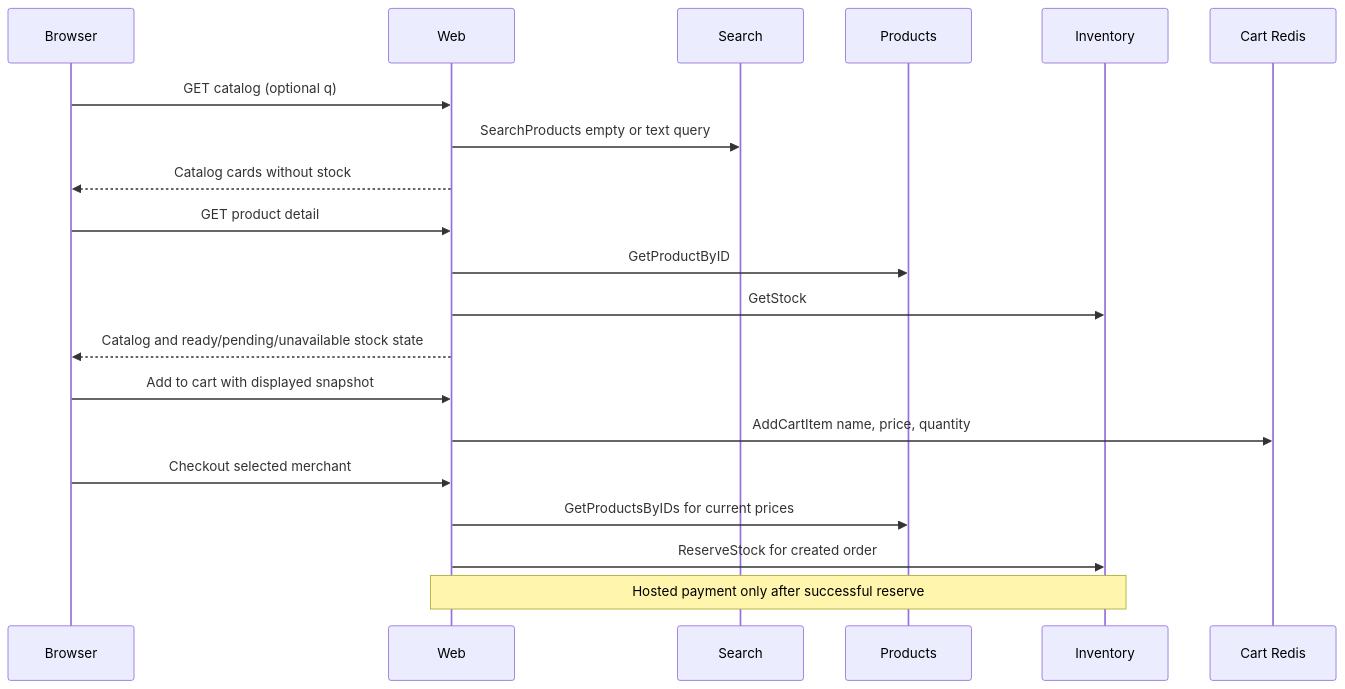
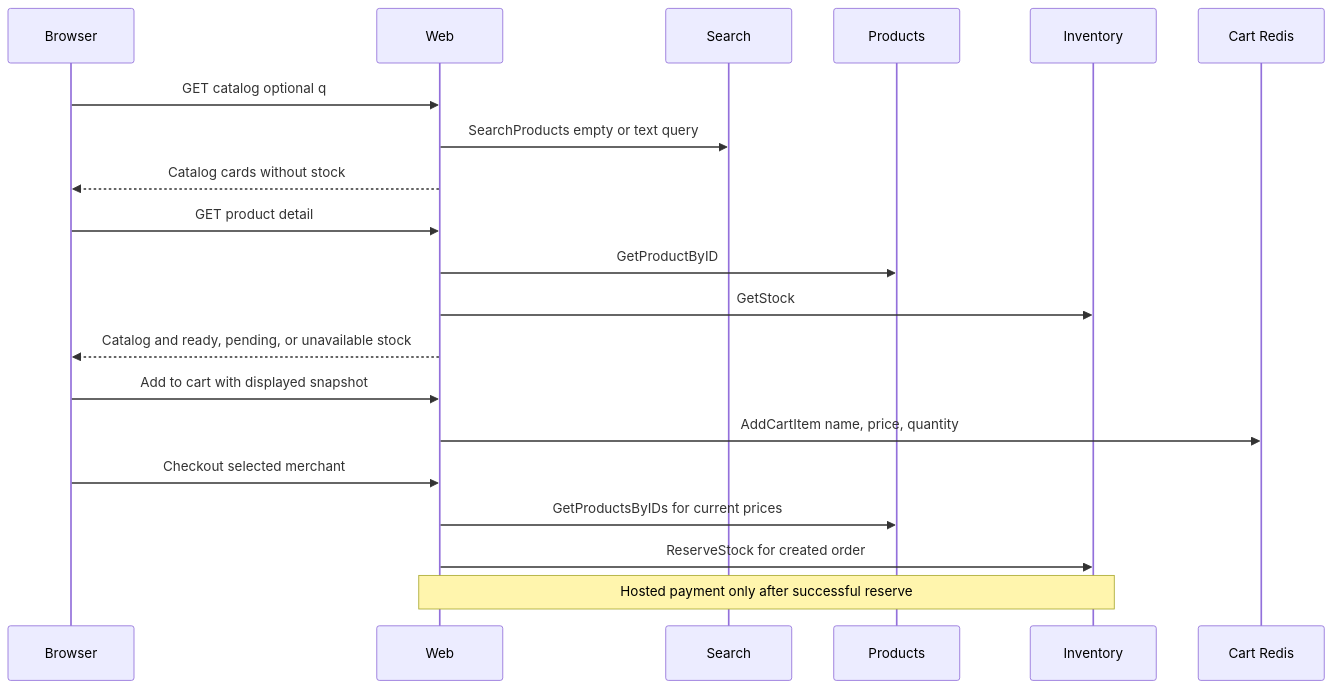
The third of 3 diagrams in docs/catalog-inventory-search.md (phuchoang2603/refurbished-marketplace), drawn with Mermaid before and after one commit. The commit also changed other lines of this file and 16 other files, not shown here.

````diff
--- a/docs/catalog-inventory-search.md
+++ b/docs/catalog-inventory-search.md
@@ -70,22 +78,22 @@
 ```mermaid
 sequenceDiagram
   participant B as Browser
   participant W as Web
   participant S as Search
   participant P as Products
   participant I as Inventory
   participant C as Cart Redis
-  B->>W: GET catalog (optional q)
+  B->>W: GET catalog optional q
   W->>S: SearchProducts empty or text query
   W-->>B: Catalog cards without stock
   B->>W: GET product detail
   W->>P: GetProductByID
   W->>I: GetStock
-  W-->>B: Catalog and ready/pending/unavailable stock state
+  W-->>B: Catalog and ready, pending, or unavailable stock
   B->>W: Add to cart with displayed snapshot
   W->>C: AddCartItem name, price, quantity
   B->>W: Checkout selected merchant
   W->>P: GetProductsByIDs for current prices
   W->>I: ReserveStock for created order
   Note over W,I: Hosted payment only after successful reserve
 ```
````
